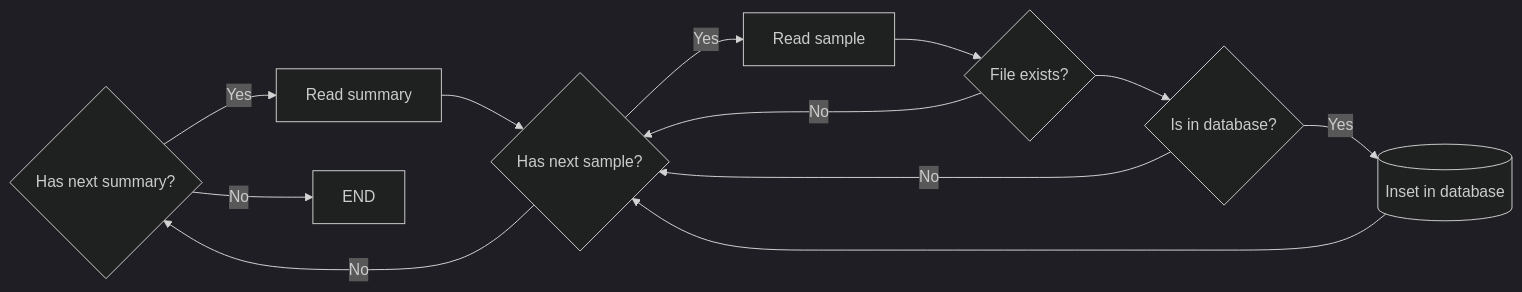
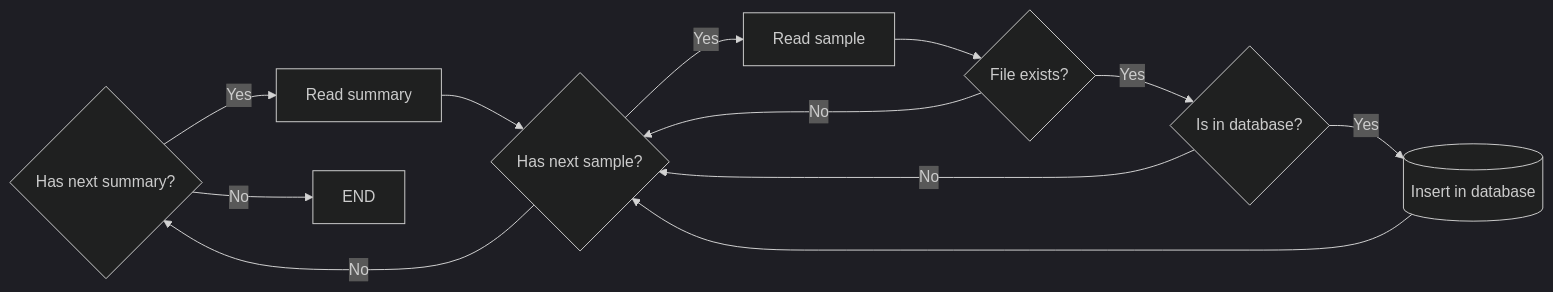
The first of 7 diagrams in README.md (luizantoniona/eeg-epileptic-seizure-detection), drawn with Mermaid (dark theme) before and after one commit. The commit also changed other lines of this file, not shown here.

Commit message:
doc: flowchart adjustment and insertion of models

````diff
--- a/README.md
+++ b/README.md
@@ -41,14 +41,14 @@
 ```mermaid
    flowchart LR
    A{Has next summary?} -->|Yes| B[Read summary]
    A -->|No| C[END]
    B --> D{Has next sample?}
    D -->|No| A
    D -->|Yes| E[Read sample]
    E --> F{File exists?}
    F -->|No| D
-   F --> G{Is in database?}
+   F -->|Yes| G{Is in database?}
    G -->|No| D
-   G -->|Yes| H[(Inset in database)]
+   G -->|Yes| H[(Insert in database)]
    H --> D
 ```
````
